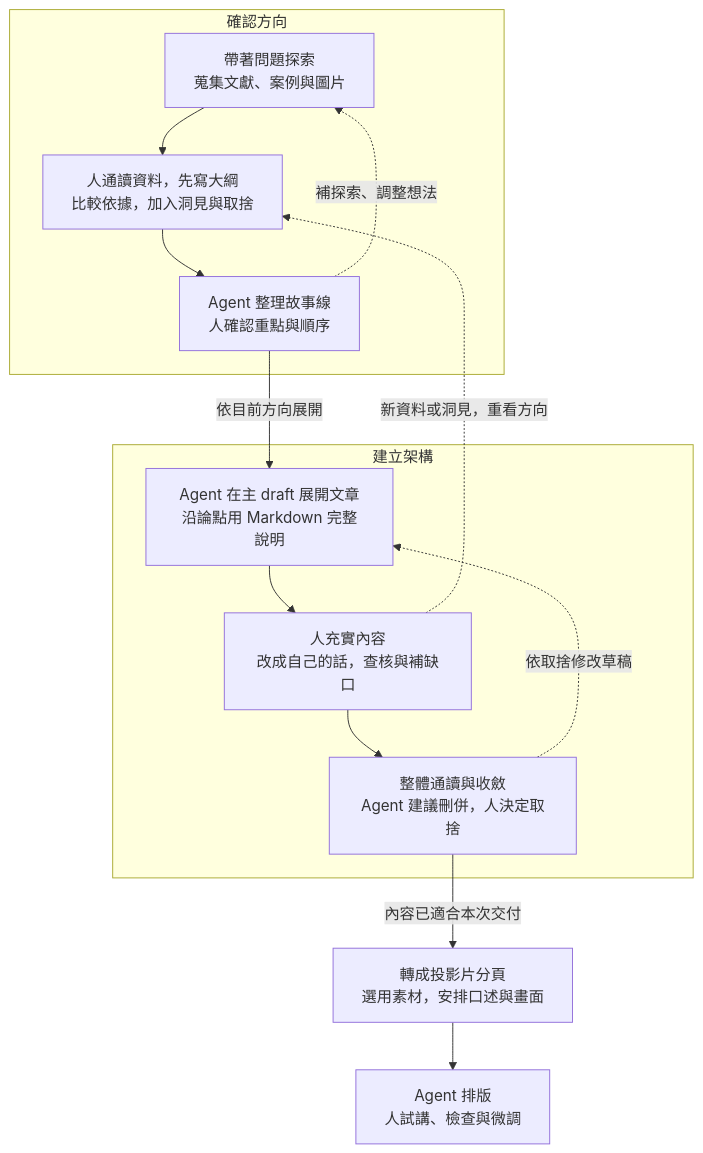
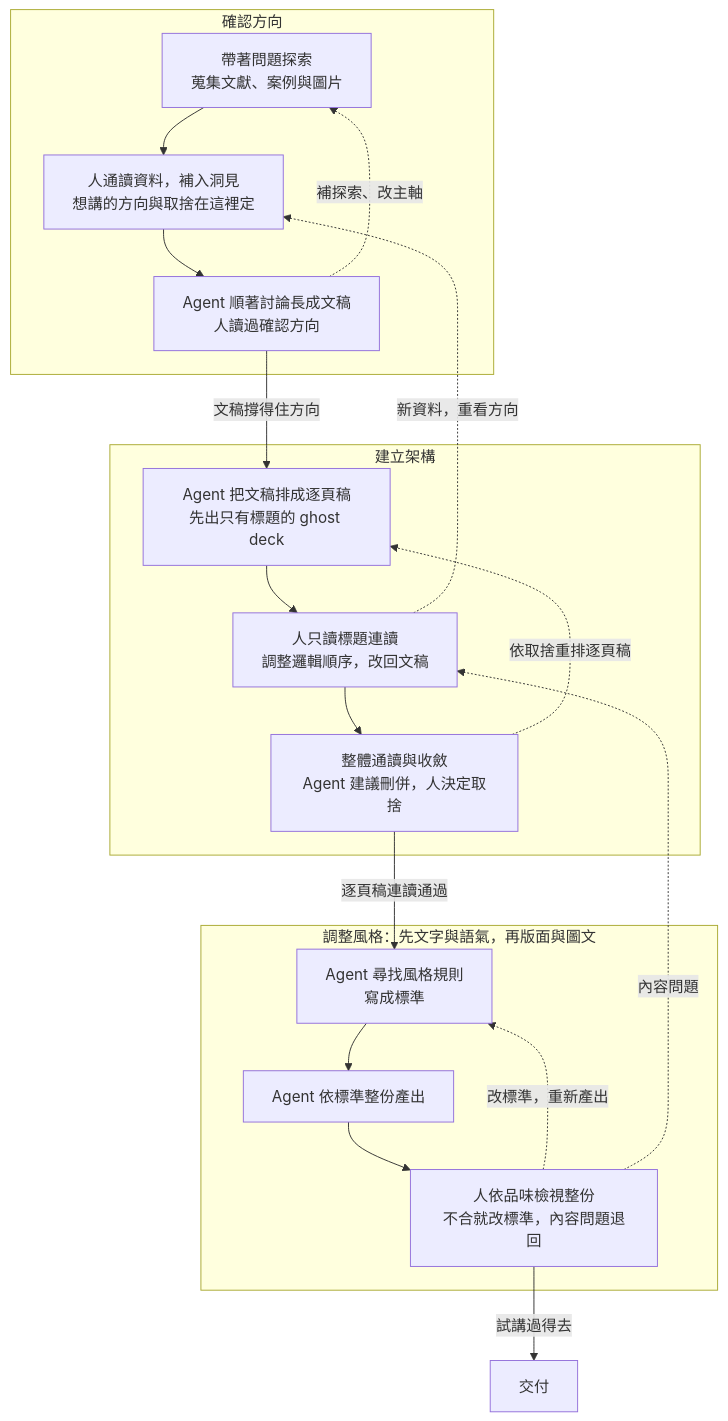
The diagram in lessons/01-presentation-and-the-knowledge-work-loop.qmd (jimmy60504/agentic-knowledge-work), drawn with Mermaid before and after one commit. The commit also changed other lines of this file and 1 other file, not shown here.

````diff
--- a/lessons/01-presentation-and-the-knowledge-work-loop.qmd
+++ b/lessons/01-presentation-and-the-knowledge-work-loop.qmd
@@ -77,21 +59,28 @@
 ```{mermaid}
 flowchart TD
     subgraph direction_loop["確認方向"]
-        A["帶著問題探索<br/>蒐集文獻、案例與圖片"] --> B["人通讀資料，先寫大綱<br/>比較依據，加入洞見與取捨"]
-        B --> C["Agent 整理故事線<br/>人確認重點與順序"]
-        C -. 補探索、調整想法 .-> A
+        A["帶著問題探索<br/>蒐集文獻、案例與圖片"] --> B["人通讀資料，補入洞見<br/>想講的方向與取捨在這裡定"]
+        B --> C["Agent 順著討論長成文稿<br/>人讀過確認方向"]
+        C -. 補探索、改主軸 .-> A
     end
 
-    C -->|依目前方向展開| D
+    C -->|文稿撐得住方向| D
 
     subgraph content_loop["建立架構"]
-        D["Agent 在主 draft 展開文章<br/>沿論點用 Markdown 完整說明"] --> E["人充實內容<br/>改成自己的話，查核與補缺口"]
+        D["Agent 把文稿排成逐頁稿<br/>先出只有標題的 ghost deck"] --> E["人只讀標題連讀<br/>調整邏輯順序，改回文稿"]
         E --> F["整體通讀與收斂<br/>Agent 建議刪併，人決定取捨"]
-        F -. 依取捨修改草稿 .-> D
+        F -. 依取捨重排逐頁稿 .-> D
     end
 
-    E -. 新資料或洞見，重看方向 .-> B
+    E -. 新資料，重看方向 .-> B
 
-    F -->|內容已適合本次交付| H["轉成投影片分頁<br/>選用素材，安排口述與畫面"]
-    H --> G["Agent 排版<br/>人試講、檢查與微調"]
+    subgraph form_loop["調整風格：先文字與語氣，再版面與圖文"]
+        I["Agent 尋找風格規則<br/>寫成標準"] --> J["Agent 依標準整份產出"]
+        J --> K["人依品味檢視整份<br/>不合就改標準，內容問題退回"]
+        K -. 改標準，重新產出 .-> I
+    end
+
+    F -->|逐頁稿連讀通過| I
+    K -. 內容問題 .-> E
+    K -->|試講過得去| L["交付"]
 ```
````
